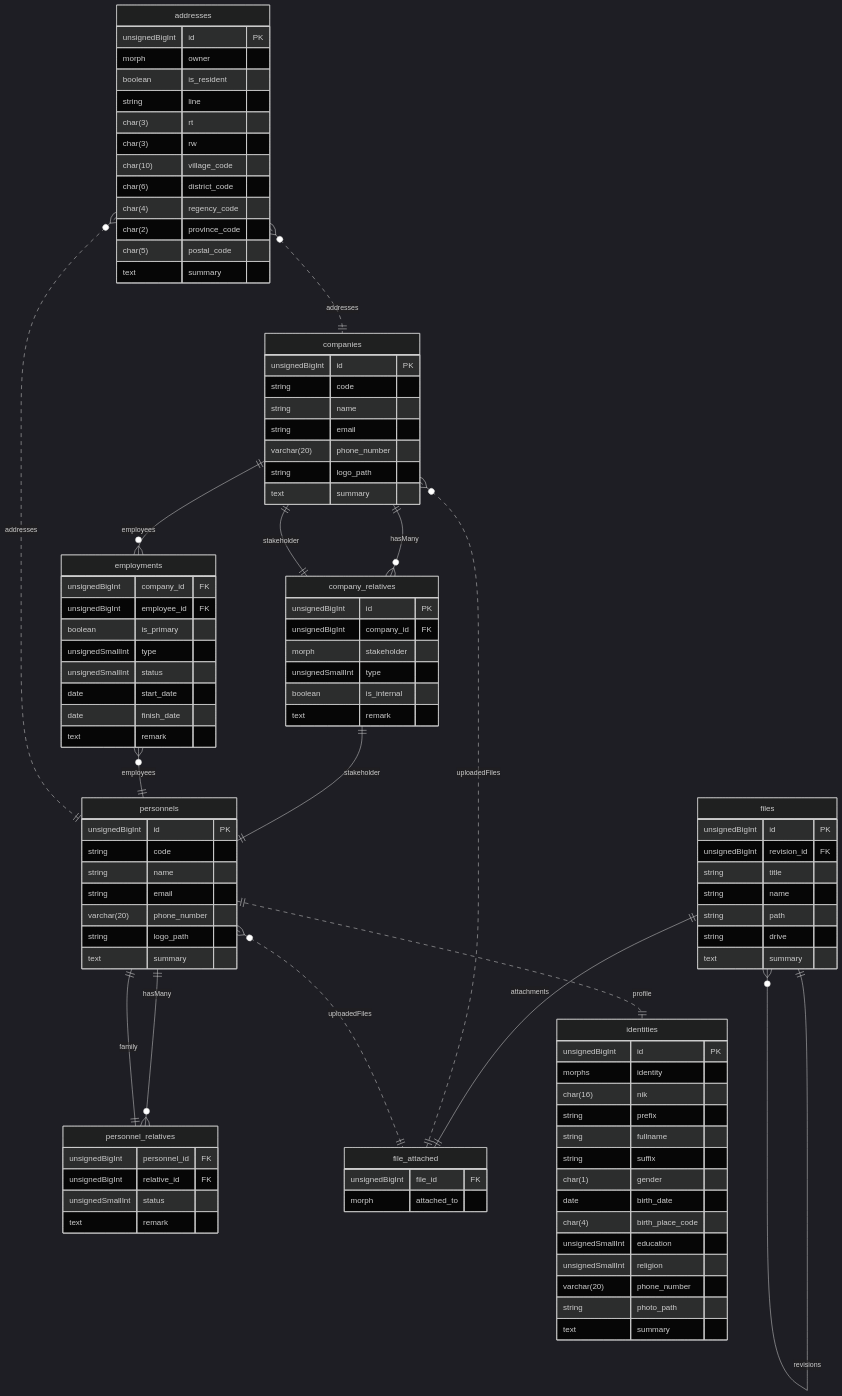
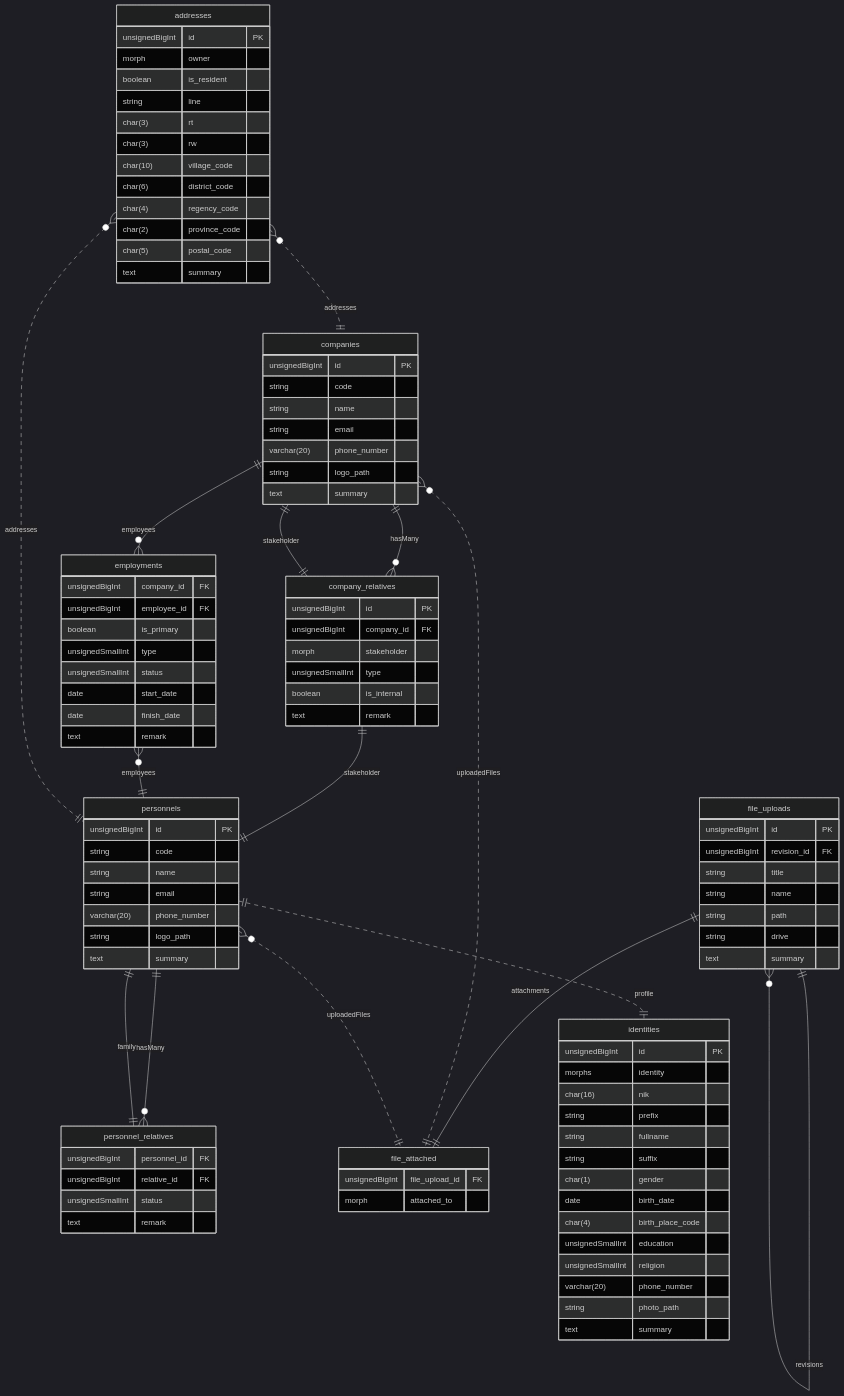
One commit to creasico/laravel-base changed the first of 6 diagrams in database/README.md. Above: the diagram before and after it, drawn with Mermaid (dark theme). The commit also changed other lines of this file and 13 other files, not shown here.

```diff
--- a/database/README.md
+++ b/database/README.md
@@ -56,9 +56,9 @@
         text remark
     }
 
-    files ||--|| file_attached : attachments
-    files ||--o{ files : revisions
-    files {
+    file_uploads ||--|| file_attached : attachments
+    file_uploads ||--o{ file_uploads : revisions
+    file_uploads {
         unsignedBigInt id PK
         unsignedBigInt revision_id FK
         string title
@@ -70,7 +70,7 @@
     companies }o..|| file_attached : uploadedFiles
     personnels }o..|| file_attached : uploadedFiles
     file_attached {
-        unsignedBigInt file_id FK
+        unsignedBigInt file_upload_id FK
         morph attached_to
     }
 
```
